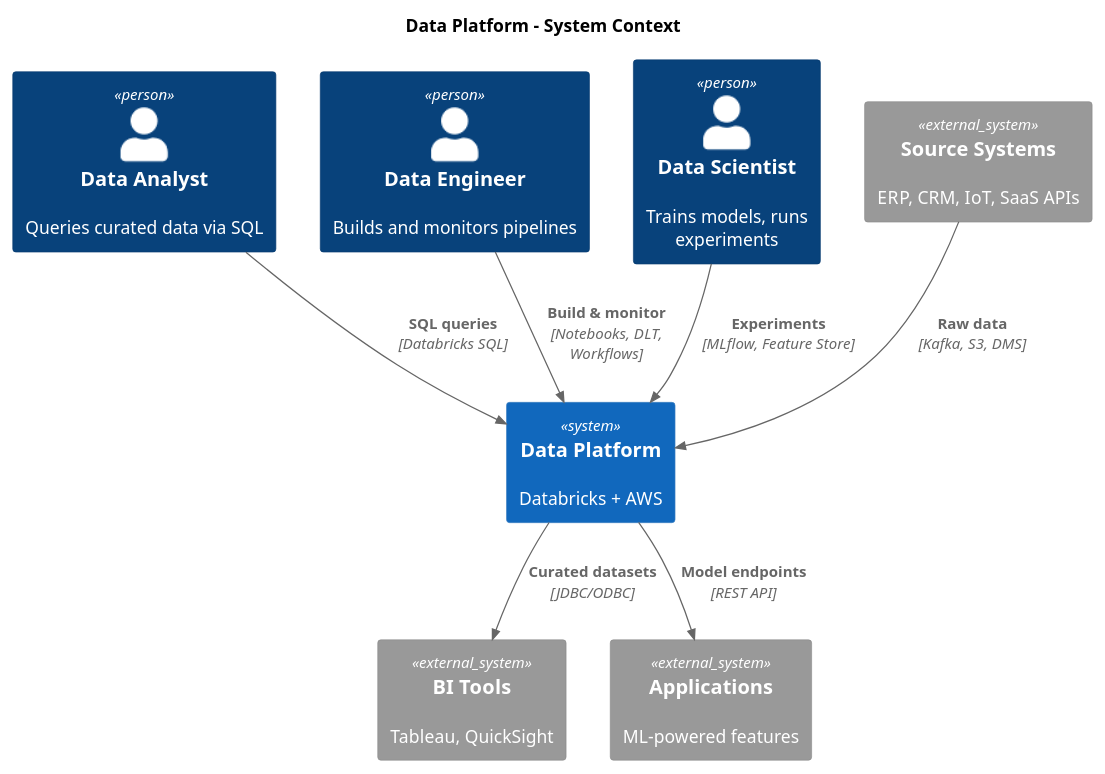
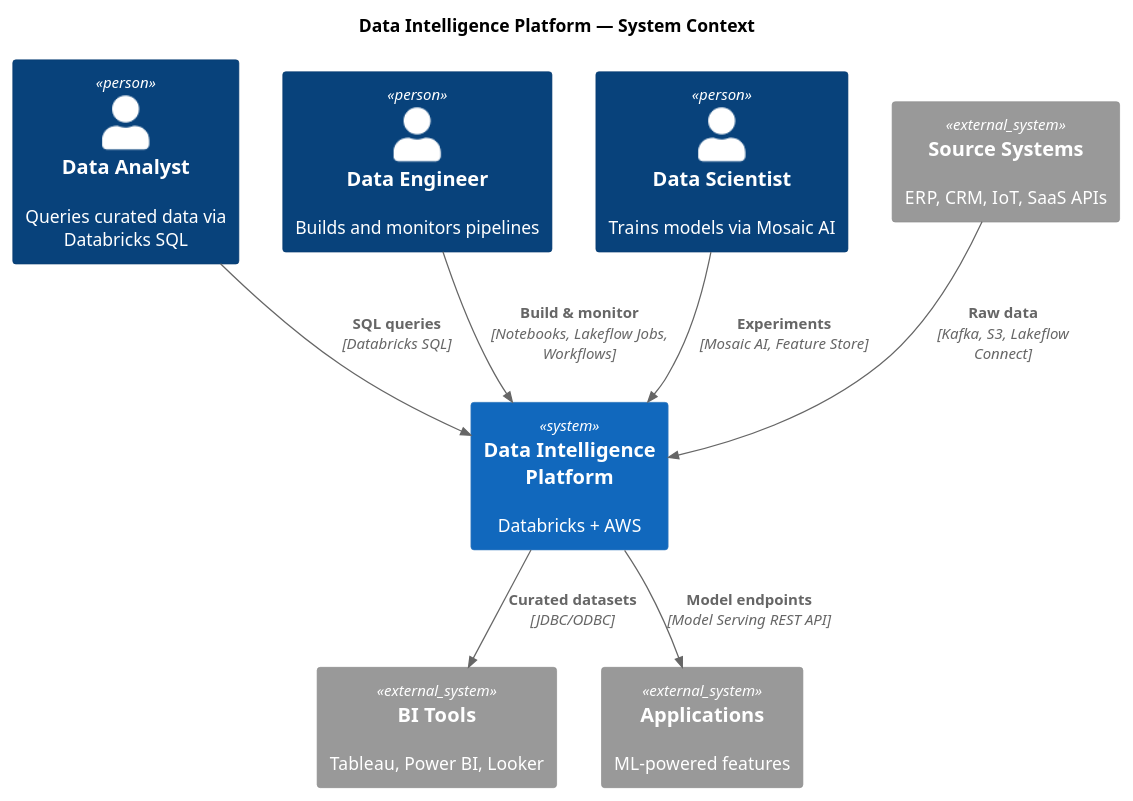
One commit to saselvan/claude-skills changed diagram 16 of 22 in diagram/SKILL.md. Above: the diagram before and after it, drawn with PlantUML. The commit also changed other lines of this file and 2 other files, not shown here.

Commit message:
diagram v3.1: border conventions, icon conventions, cloud platform layer, lifecycle exception, expanded product naming — from Databricks ref arch analysis

````diff
--- a/diagram/SKILL.md
+++ b/diagram/SKILL.md
@@ -544,24 +824,24 @@
 ```plantuml
 @startuml
 !include <C4/C4_Context>
 
-title Data Platform - System Context
+title Data Intelligence Platform — System Context
 
-Person(analyst, "Data Analyst", "Queries curated data via SQL")
+Person(analyst, "Data Analyst", "Queries curated data via Databricks SQL")
 Person(eng, "Data Engineer", "Builds and monitors pipelines")
-Person(ds, "Data Scientist", "Trains models, runs experiments")
+Person(ds, "Data Scientist", "Trains models via Mosaic AI")
 
-System(platform, "Data Platform", "Databricks + AWS")
+System(platform, "Data Intelligence Platform", "Databricks + AWS")
 
 System_Ext(sources, "Source Systems", "ERP, CRM, IoT, SaaS APIs")
-System_Ext(bi, "BI Tools", "Tableau, QuickSight")
+System_Ext(bi, "BI Tools", "Tableau, Power BI, Looker")
 System_Ext(apps, "Applications", "ML-powered features")
 
-Rel(sources, platform, "Raw data", "Kafka, S3, DMS")
-Rel(eng, platform, "Build & monitor", "Notebooks, DLT, Workflows")
+Rel(sources, platform, "Raw data", "Kafka, S3, Lakeflow Connect")
+Rel(eng, platform, "Build & monitor", "Notebooks, Lakeflow Jobs, Workflows")
 Rel(analyst, platform, "SQL queries", "Databricks SQL")
-Rel(ds, platform, "Experiments", "MLflow, Feature Store")
+Rel(ds, platform, "Experiments", "Mosaic AI, Feature Store")
 Rel(platform, bi, "Curated datasets", "JDBC/ODBC")
-Rel(platform, apps, "Model endpoints", "REST API")
+Rel(platform, apps, "Model endpoints", "Model Serving REST API")
 @enduml
 ```
````
